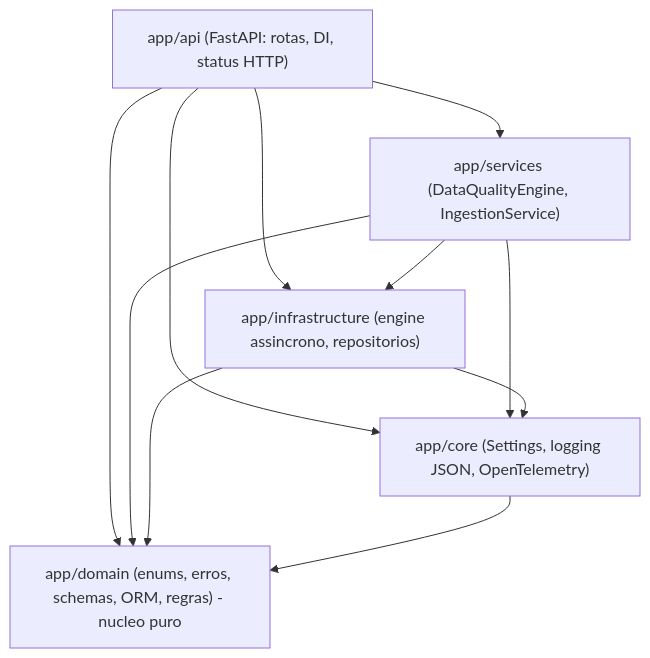
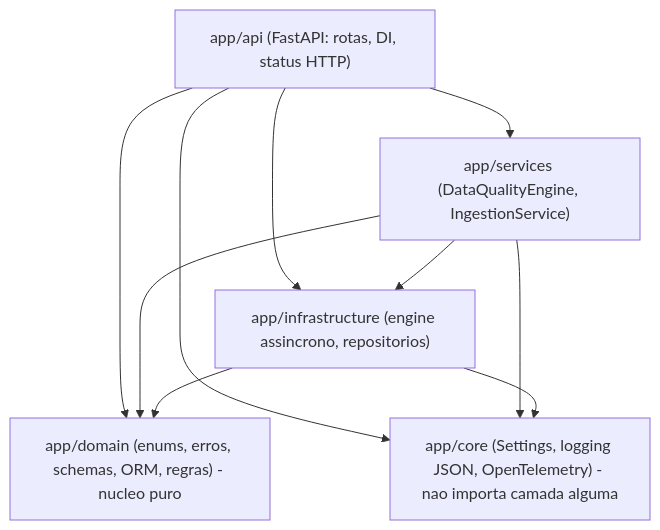
One commit to ptkguedes/data-quality-engine changed the second of 2 diagrams in README.md. Above: the diagram before and after it, drawn with Mermaid. The commit also changed other lines of this file and 3 other files, not shown here.

````diff
--- a/README.md
+++ b/README.md
@@ -93,13 +93,13 @@
 ```mermaid
 graph TD
     API["app/api (FastAPI: rotas, DI, status HTTP)"] --> SVC["app/services (DataQualityEngine, IngestionService)"]
     API --> DOM["app/domain (enums, erros, schemas, ORM, regras) - nucleo puro"]
     SVC --> DOM
     INF["app/infrastructure (engine assincrono, repositorios)"] --> DOM
     API --> INF
     SVC --> INF
-    CORE["app/core (Settings, logging JSON, OpenTelemetry)"] --> DOM
+    CORE["app/core (Settings, logging JSON, OpenTelemetry) - nao importa camada alguma"]
     API --> CORE
     SVC --> CORE
     INF --> CORE
 ```
````
